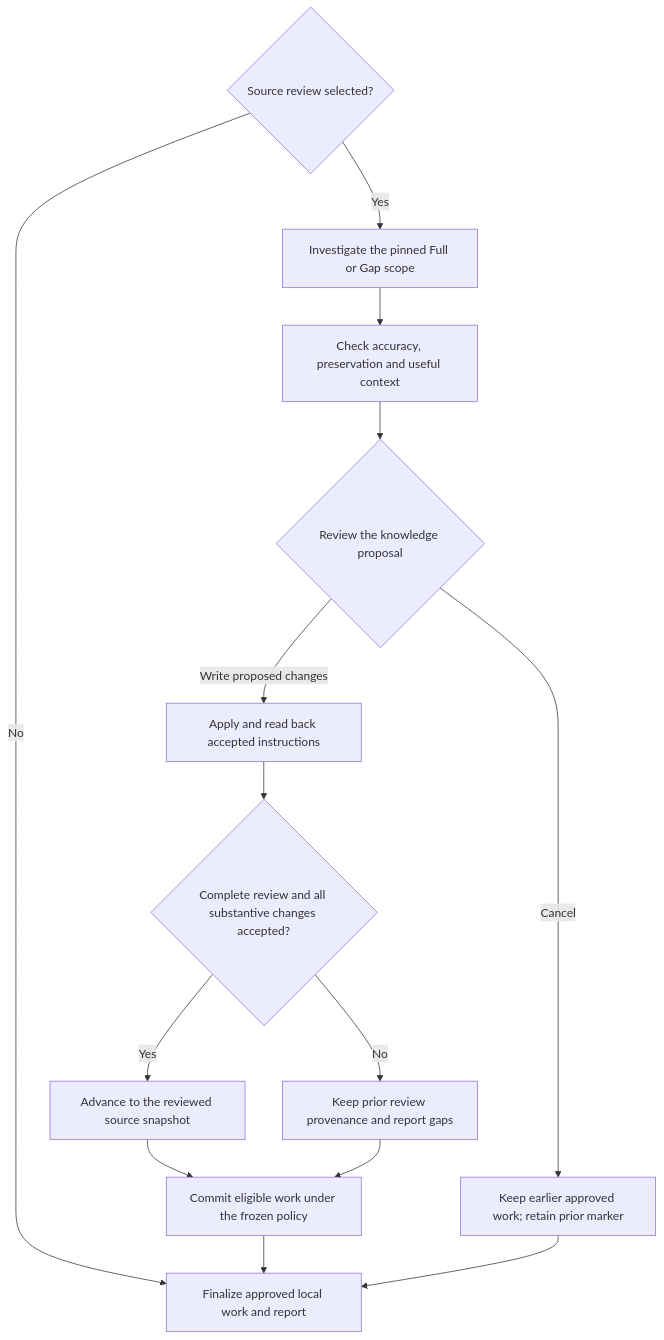
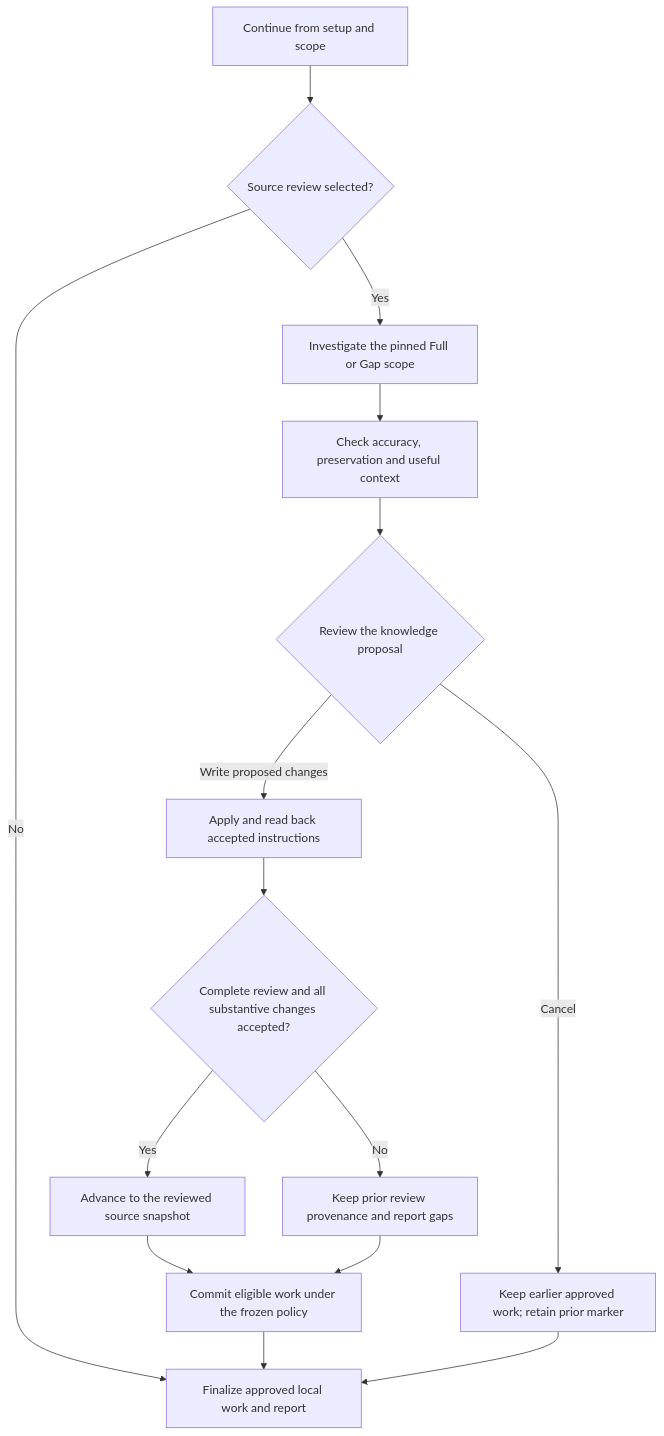
The second of 2 diagrams in docs/commands/log/detailed.md (myowinthein/agent-helm), drawn with Mermaid before and after one commit. The commit also changed other lines of this file, not shown here.

Commit message:
docs(log): clarify continuation between flow diagrams

````diff
--- a/docs/commands/log/detailed.md
+++ b/docs/commands/log/detailed.md
@@ -41,16 +45,17 @@
 ```mermaid
 flowchart TD
+  Next["Continue from setup and scope"] --> Scope
   Scope{"Source review selected?"} -->|No| Finish["Finalize approved local work and report"]
   Scope -->|Yes| Scan["Investigate the pinned Full or Gap scope"]
   Scan --> Audit["Check accuracy, preservation and useful context"]
   Audit --> Review{"Review the knowledge proposal"}
   Review -->|Cancel| Keep["Keep earlier approved work; retain prior marker"]
   Review -->|Write proposed changes| Apply["Apply and read back accepted instructions"]
   Apply --> Complete{"Complete review and all substantive changes accepted?"}
   Complete -->|Yes| Marker["Advance to the reviewed source snapshot"]
   Complete -->|No| Prior["Keep prior review provenance and report gaps"]
   Marker --> Commit["Commit eligible work under the frozen policy"]
   Prior --> Commit
   Commit --> Finish
   Keep --> Finish
 ```
````
